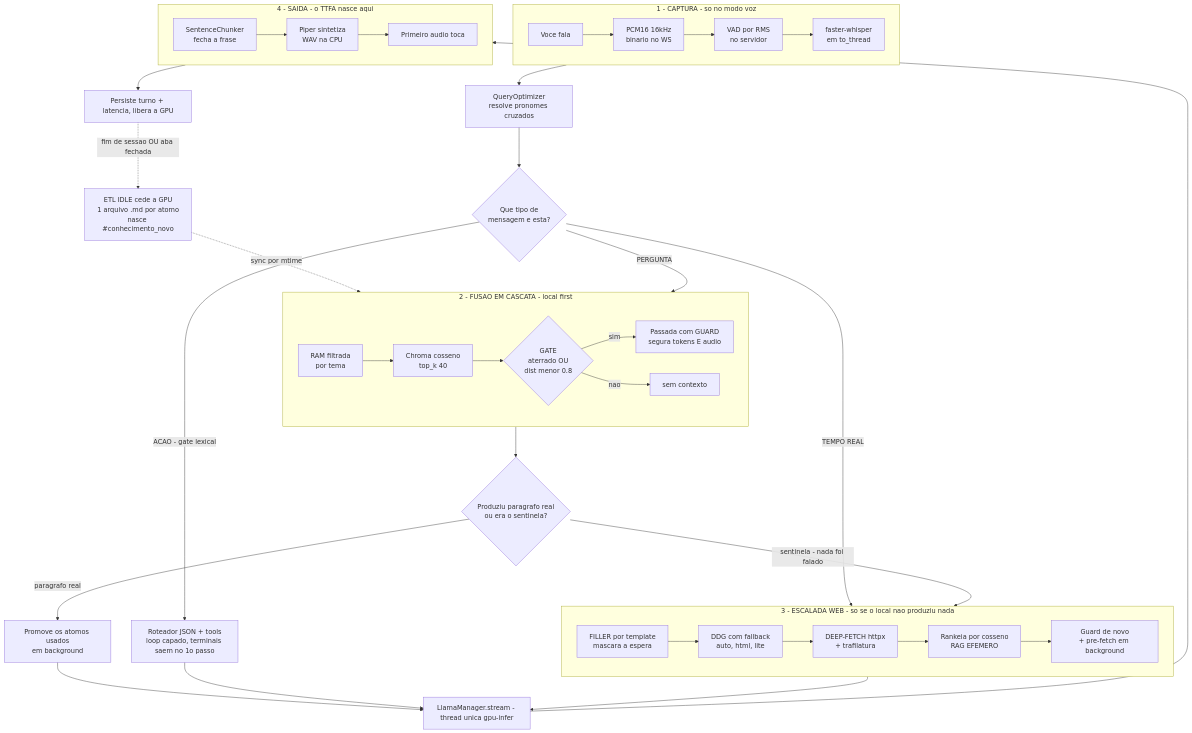
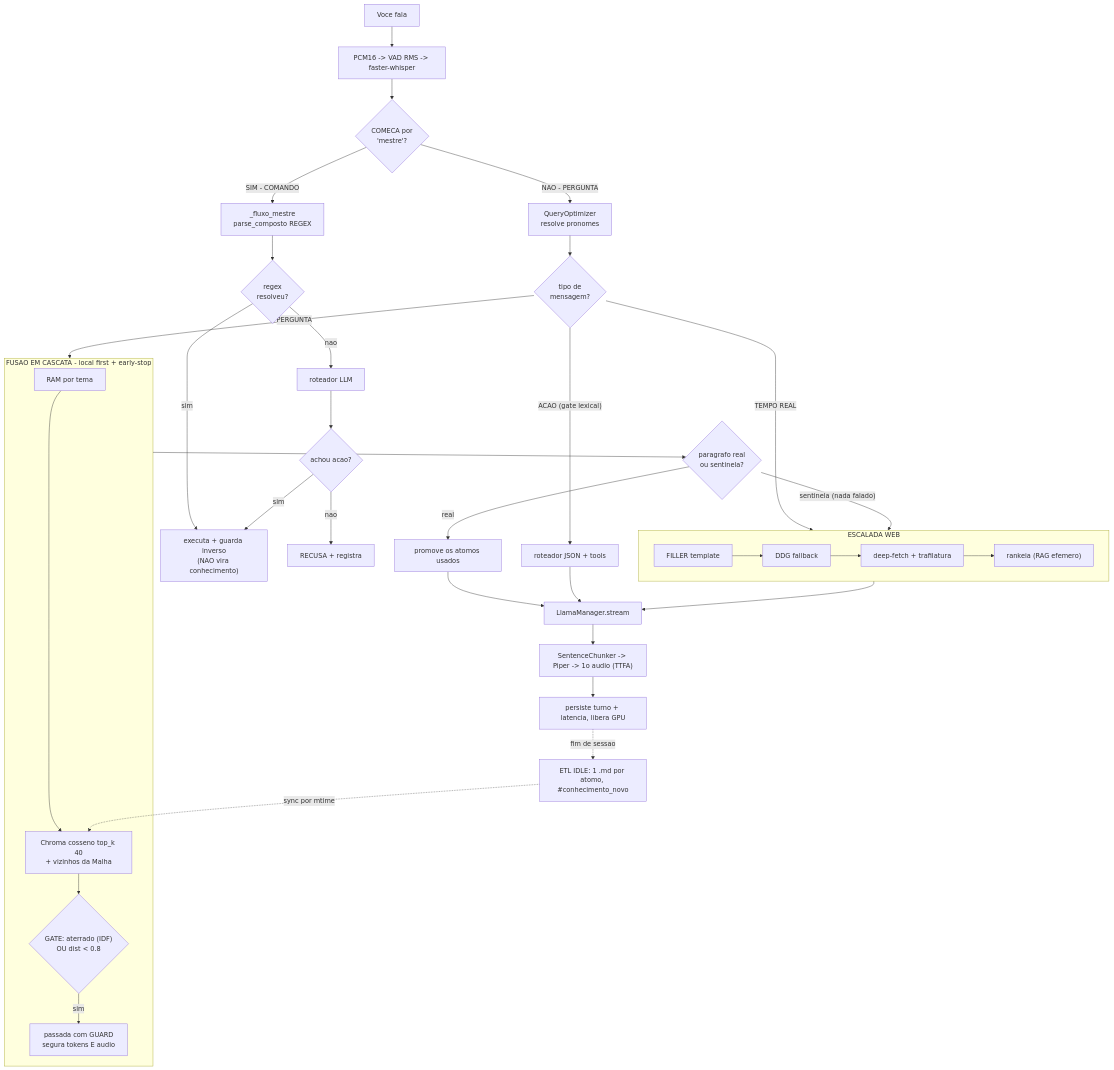
One commit to danielpvp22/mente_digital changed the fourth of 8 diagrams in README.md. Above: the diagram before and after it, drawn with Mermaid. The commit also changed other lines of this file, not shown here.

````diff
--- a/README.md
+++ b/README.md
@@ -201,46 +427,41 @@
 ```mermaid
 flowchart TD
-    subgraph CAP["1 - CAPTURA - so no modo voz"]
-        direction LR
-        A["Voce fala"] --> B["PCM16 16kHz<br/>binario no WS"] --> C["VAD por RMS<br/>no servidor"] --> E["faster-whisper<br/>em to_thread"]
-    end
+    A["Voce fala"] --> B["PCM16 -> VAD RMS -> faster-whisper"]
+    B --> BIF{"COMECA por<br/>'mestre'?"}
 
-    CAP --> F["QueryOptimizer<br/>resolve pronomes cruzados"]
-    F --> G{"Que tipo de<br/>mensagem e esta?"}
-    G -->|"ACAO - gate lexical"| H["Roteador JSON + tools<br/>loop capado, terminais saem no 1o passo"]
+    BIF -->|"SIM - COMANDO"| MST["_fluxo_mestre<br/>parse_composto REGEX"]
+    MST --> MOK{"regex<br/>resolveu?"}
+    MOK -->|sim| MEX["executa + guarda inverso<br/>(NAO vira conhecimento)"]
+    MOK -->|nao| MLLM["roteador LLM"]
+    MLLM --> MREC{"achou acao?"}
+    MREC -->|nao| REC["RECUSA + registra"]
+    MREC -->|sim| MEX
+
+    BIF -->|"NAO - PERGUNTA"| F["QueryOptimizer<br/>resolve pronomes"]
+    F --> G{"tipo de<br/>mensagem?"}
+    G -->|"ACAO (gate lexical)"| H["roteador JSON + tools"]
     G -->|"TEMPO REAL"| WEB
     G -->|"PERGUNTA"| CASC
 
-    subgraph CASC["2 - FUSAO EM CASCATA - local first"]
-        direction LR
-        J["RAM filtrada<br/>por tema"] --> K["Chroma cosseno<br/>top_k 40"]
-        K --> L{"GATE<br/>aterrado OU<br/>dist menor 0.8"}
-        L -->|sim| M["Passada com GUARD<br/>segura tokens E audio"]
-        L -->|nao| X1["sem contexto"]
+    subgraph CASC["FUSAO EM CASCATA - local first + early-stop"]
+        J["RAM por tema"] --> K["Chroma cosseno top_k 40<br/>+ vizinhos da Malha"]
+        K --> L{"GATE: aterrado (IDF)<br/>OU dist < 0.8"}
+        L -->|sim| M["passada com GUARD<br/>segura tokens E audio"]
     end
 
-    CASC --> O{"Produziu paragrafo real<br/>ou era o sentinela?"}
-    O -->|"paragrafo real"| P["Promove os atomos usados<br/>em background"]
-    O -->|"sentinela - nada foi falado"| WEB
+    CASC --> O{"paragrafo real<br/>ou sentinela?"}
+    O -->|real| P["promove os atomos usados"]
+    O -->|"sentinela (nada falado)"| WEB
 
-    subgraph WEB["3 - ESCALADA WEB - so se o local nao produziu nada"]
-        direction LR
-        Q["FILLER por template<br/>mascara a espera"] --> R["DDG com fallback<br/>auto, html, lite"]
-        R --> S["DEEP-FETCH httpx<br/>+ trafilatura"] --> T["Rankeia por cosseno<br/>RAG EFEMERO"]
-        T --> V["Guard de novo<br/>+ pre-fetch em background"]
+    subgraph WEB["ESCALADA WEB"]
+        Q["FILLER template"] --> R["DDG fallback"] --> S["deep-fetch + trafilatura"] --> T["rankeia (RAG efemero)"]
     end
 
-    P --> W["LlamaManager.stream - thread unica gpu-infer"]
+    P --> W["LlamaManager.stream"]
     WEB --> W
     H --> W
-
-    subgraph SAI["4 - SAIDA - o TTFA nasce aqui"]
-        direction LR
-        X["SentenceChunker<br/>fecha a frase"] --> Y["Piper sintetiza<br/>WAV na CPU"] --> Z["Primeiro audio toca"]
-    end
-
-    W --> SAI
-    SAI --> AA["Persiste turno + latencia, libera a GPU"]
-    AA -.->|"fim de sessao OU aba fechada"| AC["ETL IDLE cede a GPU<br/>1 arquivo .md por atomo<br/>nasce #conhecimento_novo"]
+    W --> X["SentenceChunker -> Piper -> 1o audio (TTFA)"]
+    X --> AA["persiste turno + latencia, libera GPU"]
+    AA -.->|"fim de sessao"| AC["ETL IDLE: 1 .md por atomo, #conhecimento_novo"]
     AC -.->|"sync por mtime"| K
 ```
````
